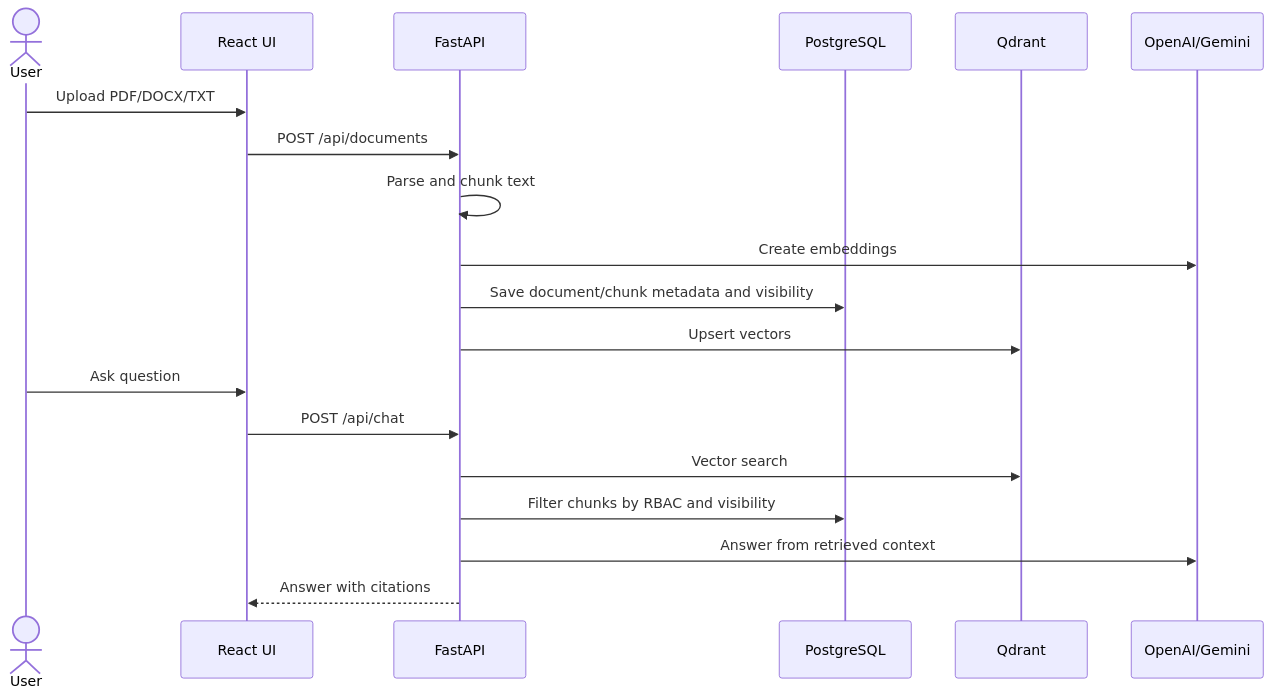
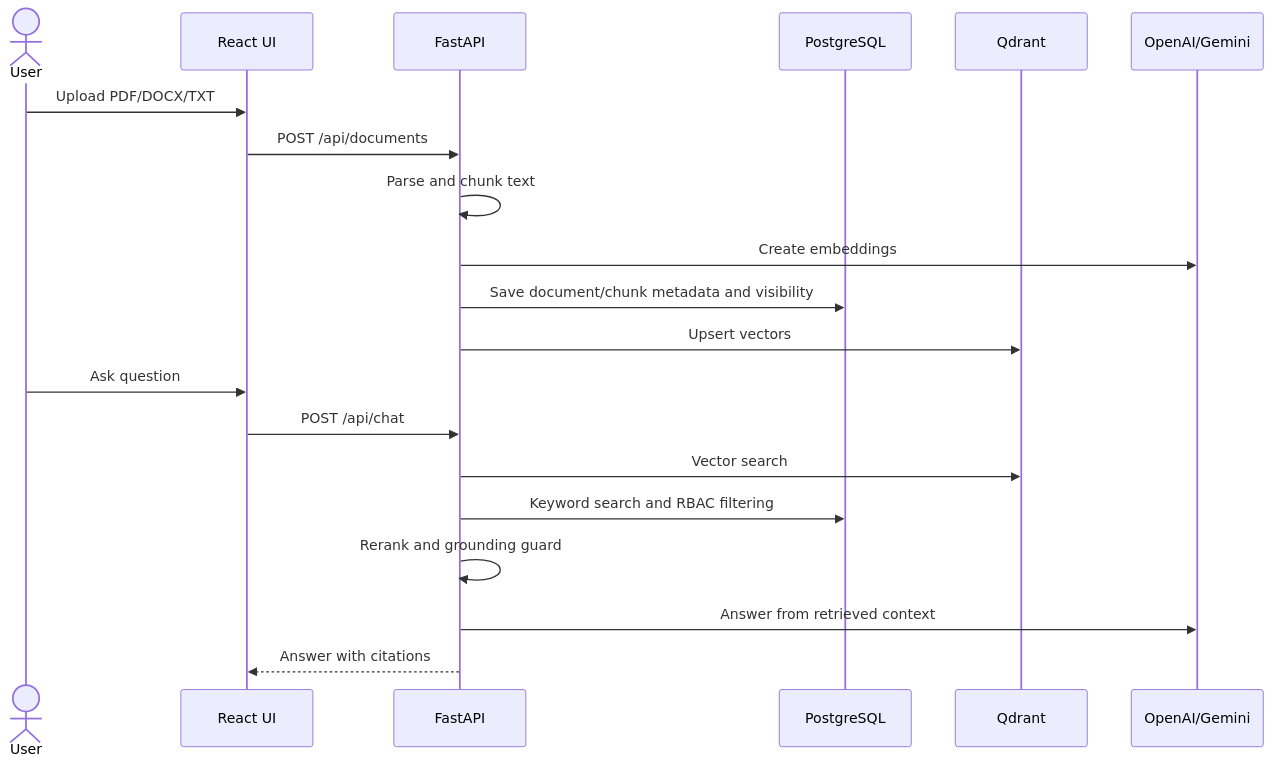
Before and after one commit to infisble/Enterprise-RAG-Assistant: the diagram in README.md, drawn with Mermaid. The commit also changed other lines of this file and 7 other files, not shown here.

````diff
--- a/README.md
+++ b/README.md
@@ -48,22 +52,23 @@
 ```mermaid
 sequenceDiagram
   actor User
   participant UI as React UI
   participant API as FastAPI
   participant PG as PostgreSQL
   participant Q as Qdrant
   participant LLM as OpenAI/Gemini
 
   User->>UI: Upload PDF/DOCX/TXT
   UI->>API: POST /api/documents
   API->>API: Parse and chunk text
   API->>LLM: Create embeddings
   API->>PG: Save document/chunk metadata and visibility
   API->>Q: Upsert vectors
   User->>UI: Ask question
   UI->>API: POST /api/chat
   API->>Q: Vector search
-  API->>PG: Filter chunks by RBAC and visibility
+  API->>PG: Keyword search and RBAC filtering
+  API->>API: Rerank and grounding guard
   API->>LLM: Answer from retrieved context
   API-->>UI: Answer with citations
 ```
````
